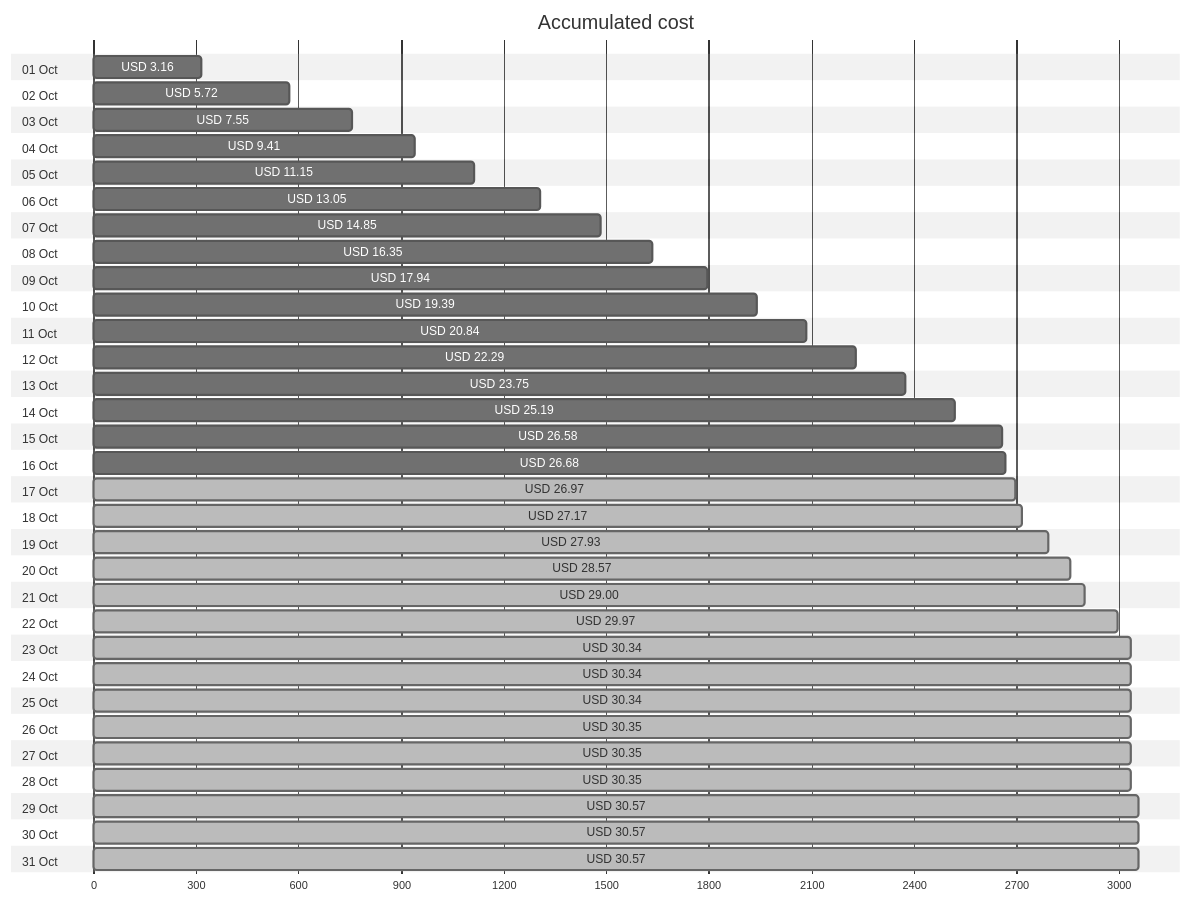
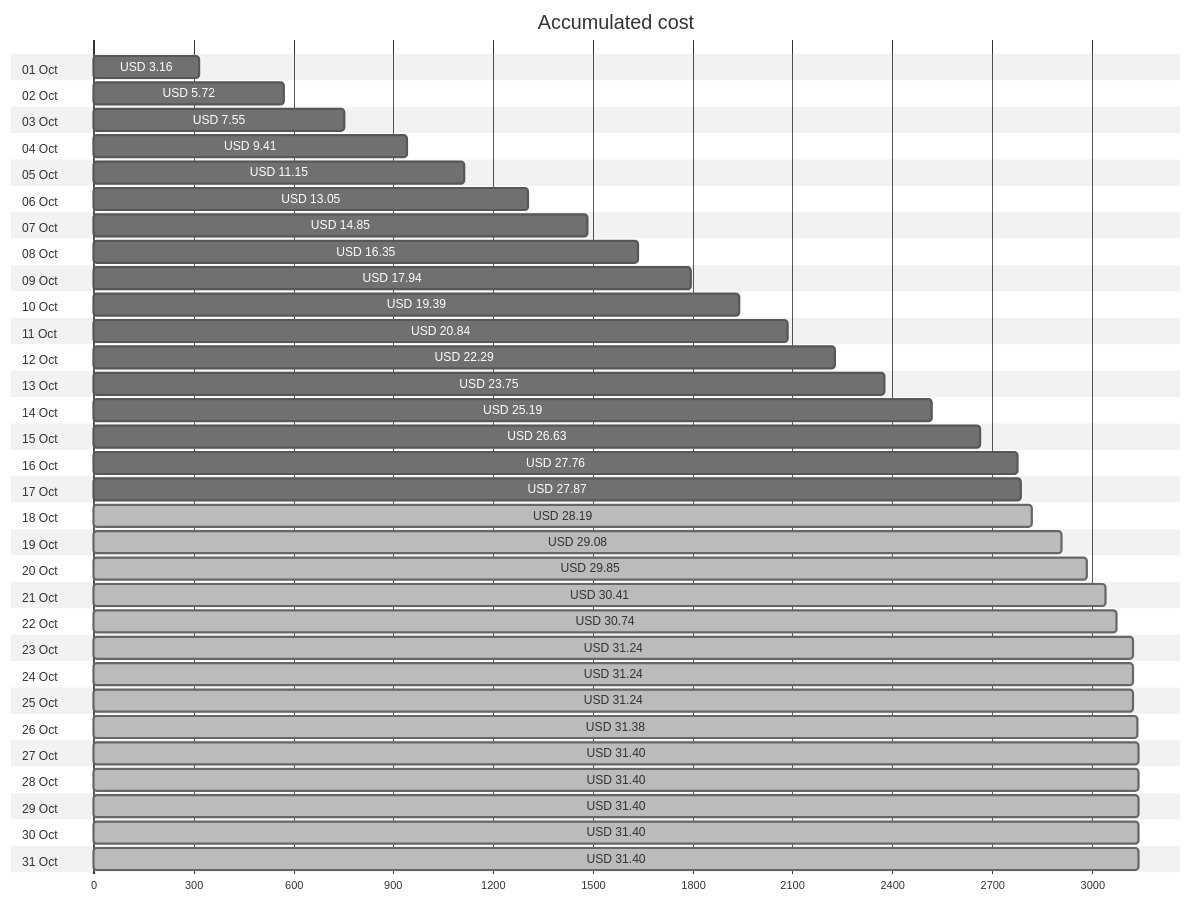
One commit to jpfulton/azure-personal-reports changed the first of 4 diagrams in cost-reports/personal-network/README.md. Above: the diagram before and after it, drawn with Mermaid (neutral theme). The commit also changed other lines of this file and 8 other files, not shown here.

````diff
--- a/cost-reports/personal-network/README.md
+++ b/cost-reports/personal-network/README.md
@@ -20,68 +20,68 @@
 ```mermaid
 gantt
    title Accumulated cost
    dateFormat  X
    axisFormat %s
    section 01 Oct
    USD 3.16 :0, 316
    section 02 Oct
    USD 5.72 :0, 572
    section 03 Oct
    USD 7.55 :0, 755
    section 04 Oct
    USD 9.41 :0, 941
    section 05 Oct
    USD 11.15 :0, 1115
    section 06 Oct
    USD 13.05 :0, 1305
    section 07 Oct
    USD 14.85 :0, 1485
    section 08 Oct
    USD 16.35 :0, 1635
    section 09 Oct
    USD 17.94 :0, 1794
    section 10 Oct
    USD 19.39 :0, 1939
    section 11 Oct
    USD 20.84 :0, 2084
    section 12 Oct
    USD 22.29 :0, 2229
    section 13 Oct
    USD 23.75 :0, 2375
    section 14 Oct
    USD 25.19 :0, 2519
    section 15 Oct
-   USD 26.58 :0, 2658
+   USD 26.63 :0, 2663
    section 16 Oct
-   USD 26.68 :0, 2668
+   USD 27.76 :0, 2776
    section 17 Oct
-   USD 26.97 : done, 0, 2697
+   USD 27.87 :0, 2787
    section 18 Oct
-   USD 27.17 : done, 0, 2717
+   USD 28.19 : done, 0, 2819
    section 19 Oct
-   USD 27.93 : done, 0, 2793
+   USD 29.08 : done, 0, 2908
    section 20 Oct
-   USD 28.57 : done, 0, 2857
+   USD 29.85 : done, 0, 2985
    section 21 Oct
-   USD 29.00 : done, 0, 2900
+   USD 30.41 : done, 0, 3041
    section 22 Oct
-   USD 29.97 : done, 0, 2997
+   USD 30.74 : done, 0, 3074
    section 23 Oct
-   USD 30.34 : done, 0, 3034
+   USD 31.24 : done, 0, 3124
    section 24 Oct
-   USD 30.34 : done, 0, 3034
+   USD 31.24 : done, 0, 3124
    section 25 Oct
-   USD 30.34 : done, 0, 3034
+   USD 31.24 : done, 0, 3124
    section 26 Oct
-   USD 30.35 : done, 0, 3035
+   USD 31.38 : done, 0, 3138
    section 27 Oct
-   USD 30.35 : done, 0, 3035
+   USD 31.40 : done, 0, 3140
    section 28 Oct
-   USD 30.35 : done, 0, 3035
+   USD 31.40 : done, 0, 3140
    section 29 Oct
-   USD 30.57 : done, 0, 3057
+   USD 31.40 : done, 0, 3140
    section 30 Oct
-   USD 30.57 : done, 0, 3057
+   USD 31.40 : done, 0, 3140
    section 31 Oct
-   USD 30.57 : done, 0, 3057
+   USD 31.40 : done, 0, 3140
 ```
````
